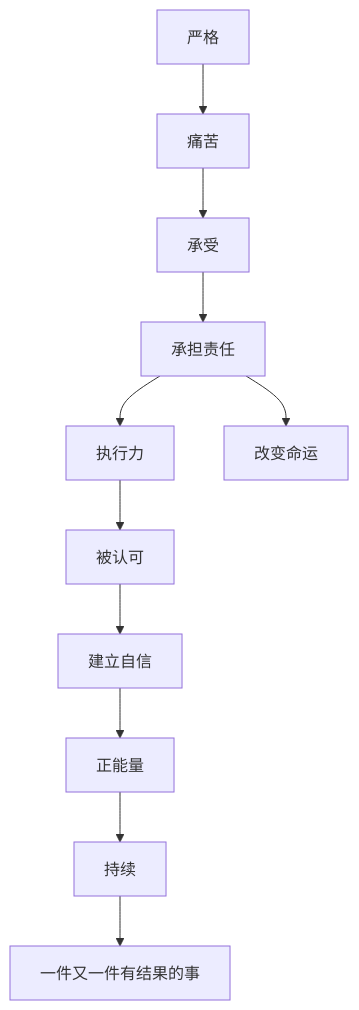
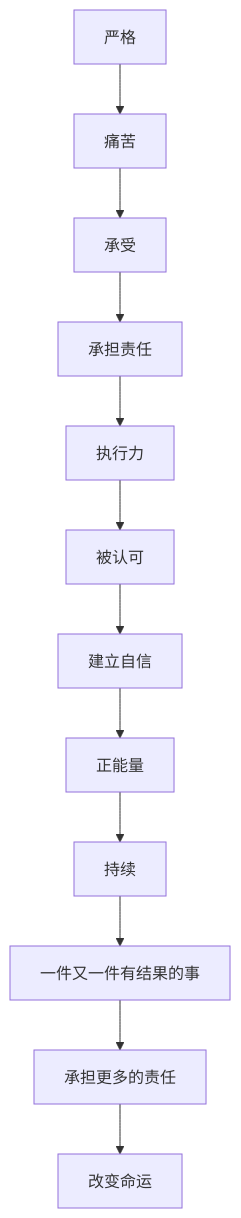
One commit to dearhwj/itbook changed the diagram in tech_management/strictness_is_big_love.md. Above: the diagram before and after it, drawn with Mermaid. The commit also changed other lines of this file and 1 other file, not shown here.

````diff
--- a/tech_management/strictness_is_big_love.md
+++ b/tech_management/strictness_is_big_love.md
@@ -3,15 +3,16 @@
 ```mermaid
 
 graph TD;
   严格-->痛苦;
   痛苦-->承受;
   承受-->承担责任;
   承担责任-->执行力;
   执行力-->被认可;
   被认可-->建立自信;
   建立自信-->正能量;
   正能量-->持续;
   持续-->一件又一件有结果的事;
-  承担责任-->改变命运;
+  一件又一件有结果的事-->承担更多的责任;
+  承担更多的责任-->改变命运;
 
 ```
````
